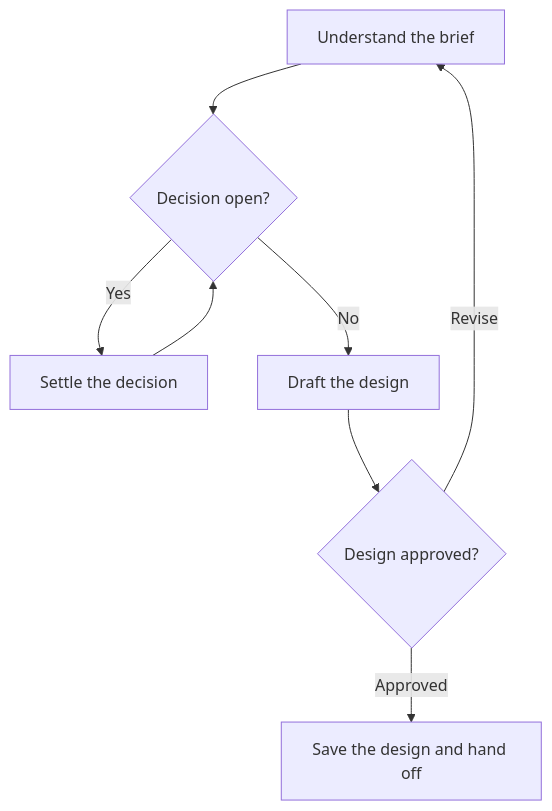
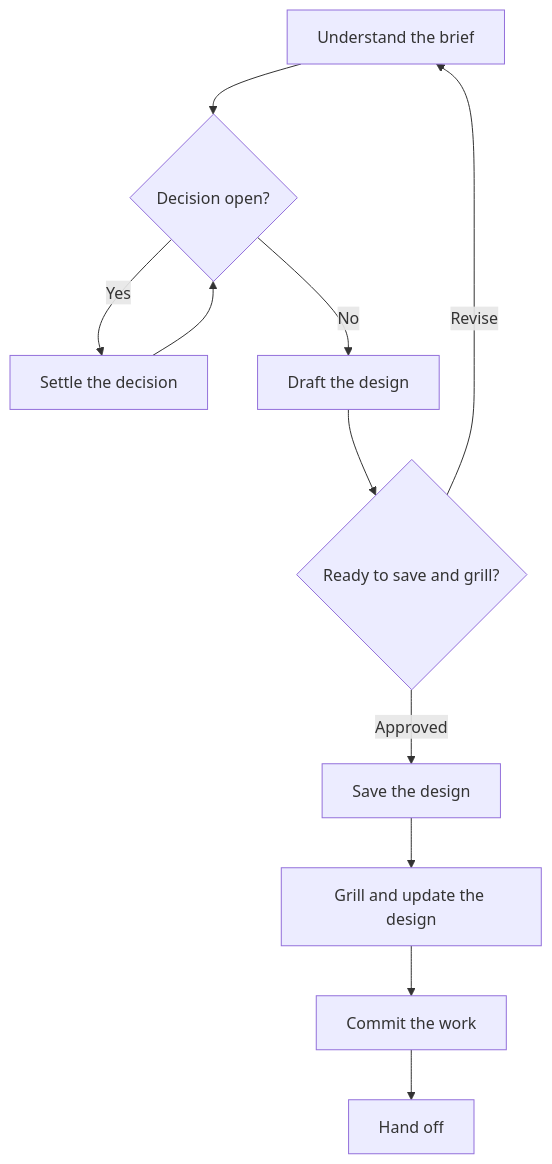
Before and after one commit to UseTheFork/spindle: the diagram in .github/skills/sdd-author-design/SKILL.md, drawn with Mermaid. The commit also changed other lines of this file and 21 other files, not shown here.

````diff
--- a/.github/skills/sdd-author-design/SKILL.md
+++ b/.github/skills/sdd-author-design/SKILL.md
@@ -17,10 +17,13 @@
 ```mermaid
 flowchart TD
     A[Understand the brief] --> B{Decision open?}
     B -- Yes --> C[Settle the decision]
     C --> B
     B -- No --> D[Draft the design]
-    D --> E{Design approved?}
+    D --> E{Ready to save and grill?}
     E -- Revise --> A
-    E -- Approved --> F[Save the design and hand off]
+    E -- Approved --> F[Save the design]
+    F --> F1[Grill and update the design]
+    F1 --> G[Commit the work]
+    G --> H[Hand off]
 ```
````
